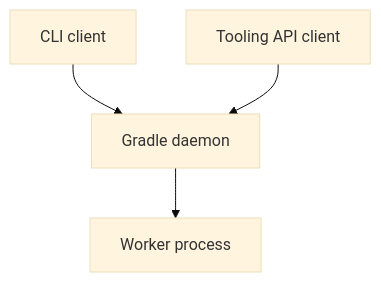
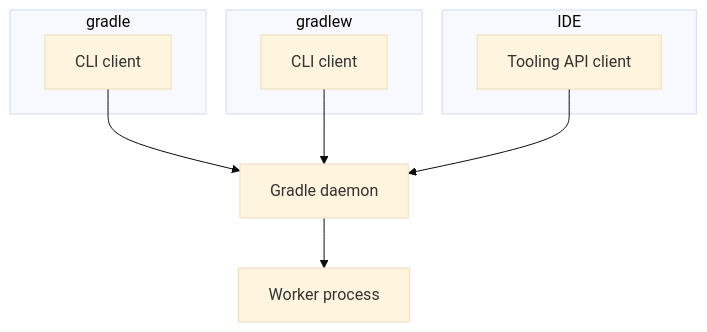
The diagram in architecture/runtimes.md (tianyeeT/gradle), drawn with Mermaid (base theme) before and after one commit.

Commit message:
tweak to previous.

````diff
--- a/architecture/runtimes.md
+++ b/architecture/runtimes.md
@@ -12,14 +12,23 @@
 ```mermaid
     graph TD
     
-    cli["CLI client"]
-    
-    tapi["Tooling API client"]
+    subgraph gradle
+        cli["CLI client"]
+    end
+
+    subgraph gradlew
+        cli_gradlew["CLI client"]
+    end
+
+    subgraph IDE    
+        tapi["Tooling API client"]
+    end
     
     daemon["Gradle daemon"]
     cli --> daemon
+    cli_gradlew --> daemon
     tapi --> daemon
     
     worker["Worker process"]
     daemon --> worker
 ```
````
